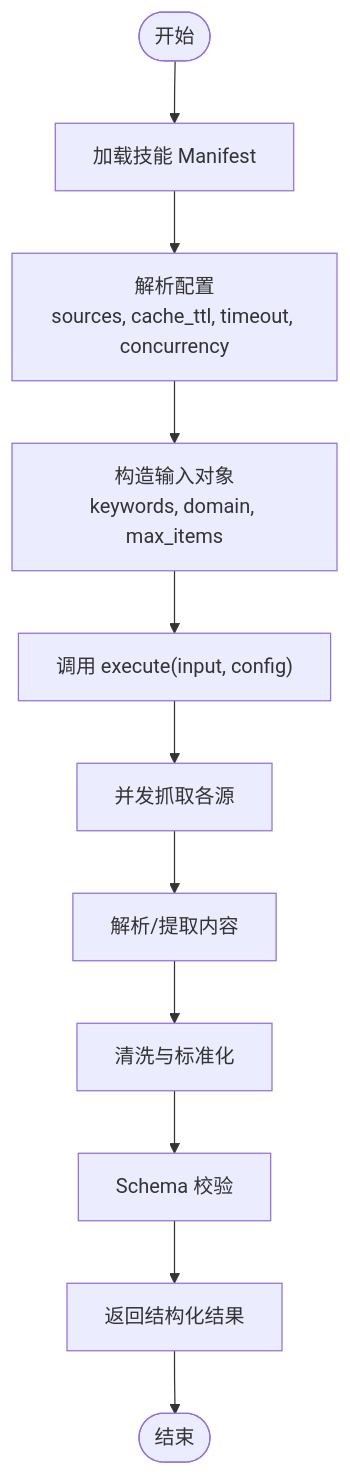
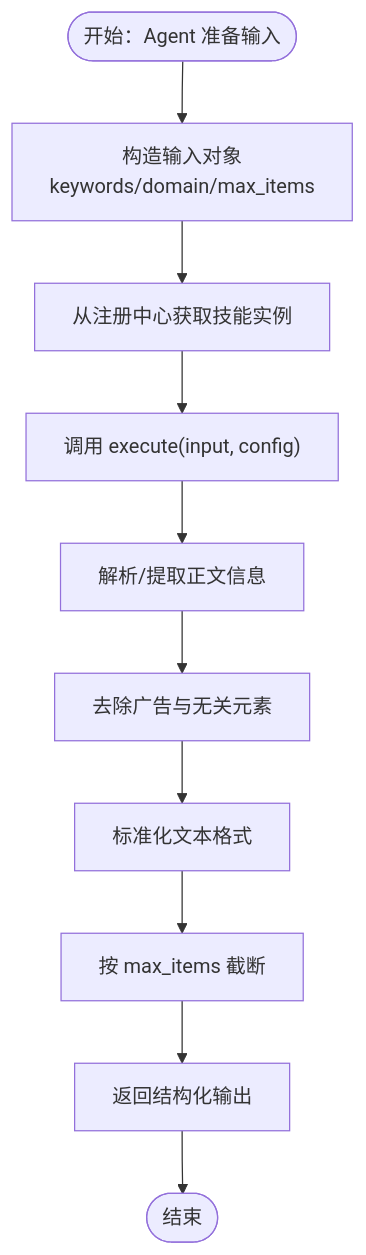
One commit to sansansansansan2022-web/hotclaw changed the fourth of 6 diagrams in .qoder/repowiki/zh/content/技能系统/内置技能实现/新闻抓取技能.md. Above: the diagram before and after it, drawn with Mermaid. The commit also changed other lines of this file and 288 other files, not shown here.

````diff
--- a/.qoder/repowiki/zh/content/技能系统/内置技能实现/新闻抓取技能.md
+++ b/.qoder/repowiki/zh/content/技能系统/内置技能实现/新闻抓取技能.md
@@ -165,13 +151,12 @@
 ```mermaid
 flowchart TD
-Start(["开始"]) --> LoadManifest["加载技能 Manifest"]
-LoadManifest --> ParseConfig["解析配置<br/>sources, cache_ttl, timeout, concurrency"]
-ParseConfig --> BuildInput["构造输入对象<br/>keywords, domain, max_items"]
-BuildInput --> Execute["调用 execute(input, config)"]
-Execute --> Fetch["并发抓取各源"]
-Fetch --> Parse["解析/提取内容"]
-Parse --> Clean["清洗与标准化"]
-Clean --> Validate["Schema 校验"]
-Validate --> Return["返回结构化结果"]
+Start(["开始：Agent 准备输入"]) --> BuildInput["构造输入对象<br/>keywords/domain/max_items"]
+BuildInput --> GetSkill["从注册中心获取技能实例"]
+GetSkill --> Exec["调用 execute(input, config)"]
+Exec --> Parse["解析/提取正文信息"]
+Parse --> Clean["去除广告与无关元素"]
+Clean --> Normalize["标准化文本格式"]
+Normalize --> Limit["按 max_items 截断"]
+Limit --> Return["返回结构化输出"]
 Return --> End(["结束"])
 ```
````
